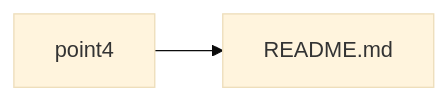
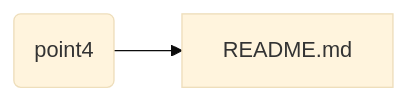
One commit to smokyisthatyou/STM32Nucleo64 changed the fifth of 5 diagrams in README.md. Above: the diagram before and after it, drawn with Mermaid. The commit also changed other lines of this file, not shown here.

````diff
--- a/README.md
+++ b/README.md
@@ -79,6 +90,7 @@
 ```mermaid
 %%{init: {'theme':'base'}}%%
 graph LR;
-point4-->README.md;
+p4(point4)
+p4-->README.md;
 
 ```
````
